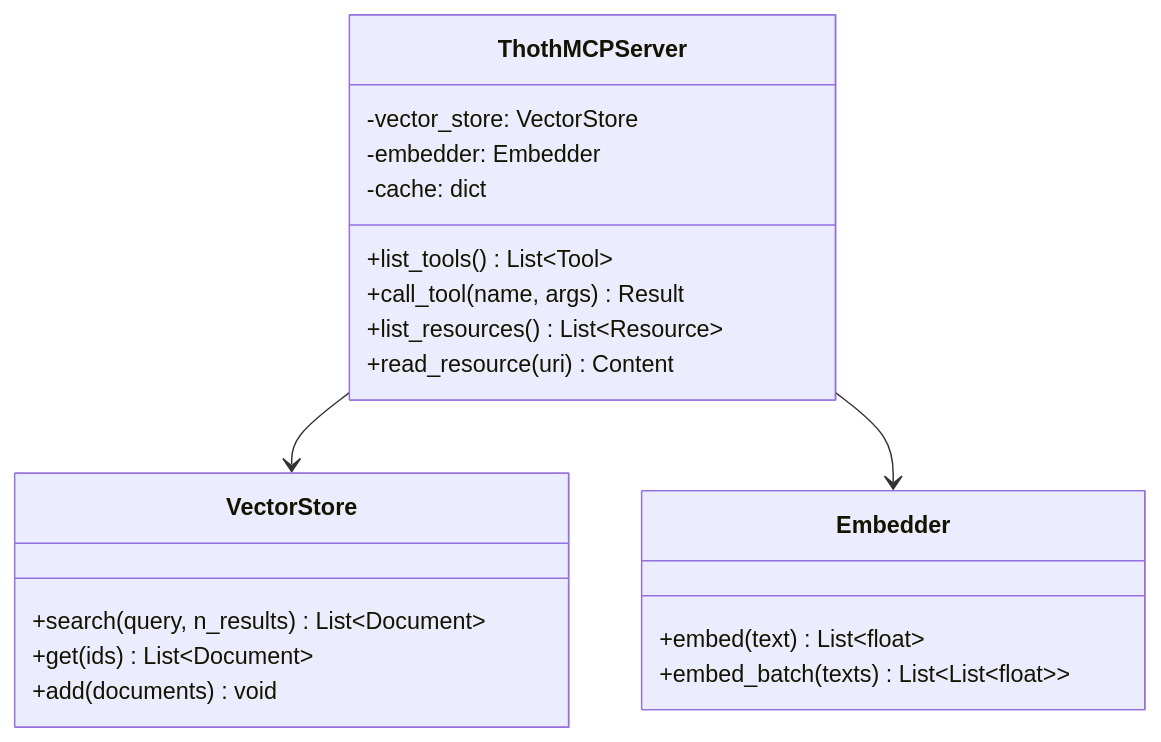
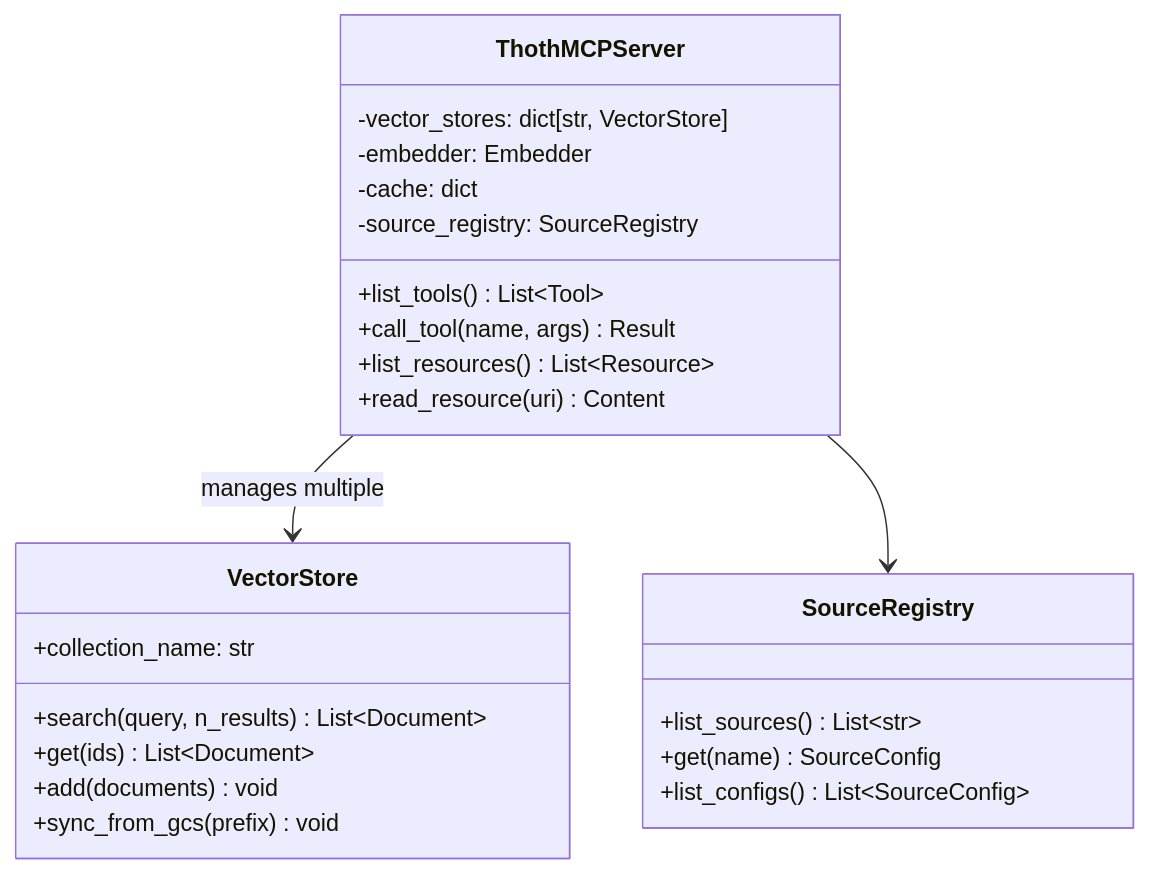
One commit to TheWinterShadow/Thoth changed the third of 7 diagrams in docs/source/architecture/mcp-server.md. Above: the diagram before and after it, drawn with Mermaid. The commit also changed other lines of this file and 27 other files, not shown here.

````diff
--- a/docs/source/architecture/mcp-server.md
+++ b/docs/source/architecture/mcp-server.md
@@ -97,26 +102,30 @@
 ```mermaid
 classDiagram
     class ThothMCPServer {
-        -vector_store: VectorStore
+        -vector_stores: dict[str, VectorStore]
         -embedder: Embedder
         -cache: dict
+        -source_registry: SourceRegistry
         +list_tools() List~Tool~
         +call_tool(name, args) Result
         +list_resources() List~Resource~
         +read_resource(uri) Content
     }
 
     class VectorStore {
+        +collection_name: str
         +search(query, n_results) List~Document~
         +get(ids) List~Document~
         +add(documents) void
+        +sync_from_gcs(prefix) void
     }
 
-    class Embedder {
-        +embed(text) List~float~
-        +embed_batch(texts) List~List~float~~
+    class SourceRegistry {
+        +list_sources() List~str~
+        +get(name) SourceConfig
+        +list_configs() List~SourceConfig~
     }
 
-    ThothMCPServer --> VectorStore
-    ThothMCPServer --> Embedder
+    ThothMCPServer --> VectorStore : manages multiple
+    ThothMCPServer --> SourceRegistry
 ```
````
